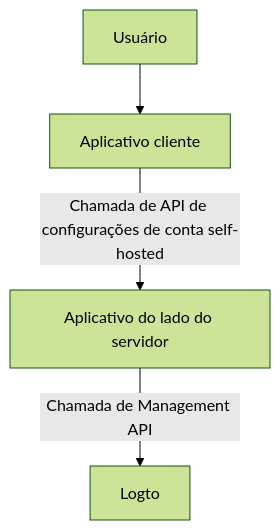
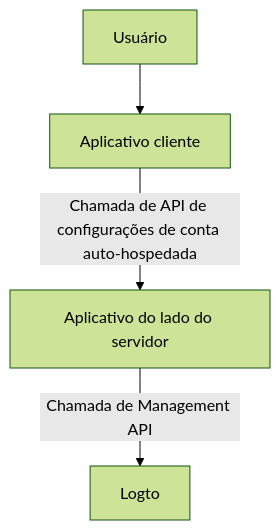
The first of 3 diagrams in i18n/pt-BR/docusaurus-plugin-content-docs/current/end-user-flows/account-settings/by-management-api.mdx (logto-io/docs), drawn with Mermaid (forest theme) before and after one commit. The commit also changed other lines of this file and 102 other files, not shown here.

````diff
--- a/i18n/pt-BR/docusaurus-plugin-content-docs/current/end-user-flows/account-settings/by-management-api.mdx
+++ b/i18n/pt-BR/docusaurus-plugin-content-docs/current/end-user-flows/account-settings/by-management-api.mdx
@@ -13,6 +13,6 @@
 ```mermaid
   graph TB
     A[Usuário] --> B[Aplicativo cliente]
-    B -->|Chamada de API de configurações de conta self-hosted|C[Aplicativo do lado do servidor]
+    B -->|Chamada de API de configurações de conta auto-hospedada|C[Aplicativo do lado do servidor]
     C -->|Chamada de Management API| D[Logto]
 ```
````
